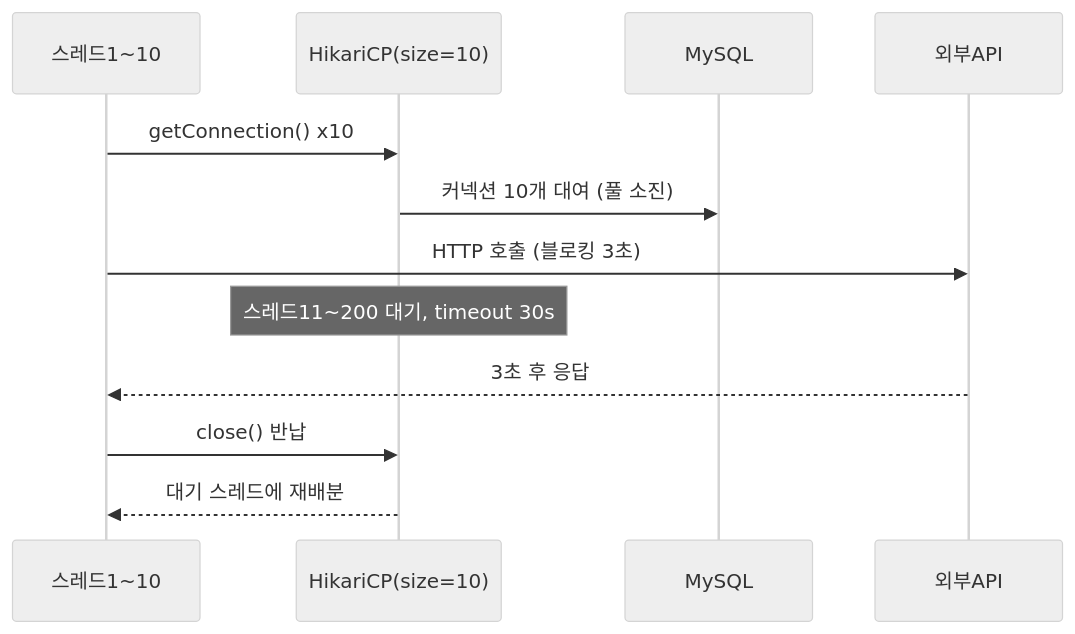
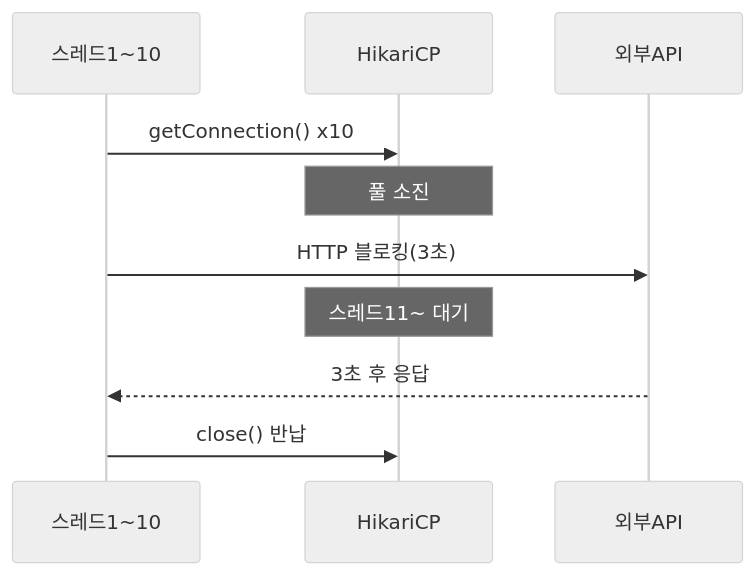
Before and after one commit to yjkim2015/yjkim2015.github.io: the third of 4 diagrams in _posts/db/2026-05-01-db-connection-pool.md, drawn with Mermaid (neutral theme). The commit also changed other lines of this file and 155 other files, not shown here.

First line of the commit message:
Mermaid 전면 수정: subgraph 제거, participant/노드/줄수 축소 (342블록)

````diff
--- a/_posts/db/2026-05-01-db-connection-pool.md
+++ b/_posts/db/2026-05-01-db-connection-pool.md
@@ -166,14 +166,12 @@
 ```mermaid
 sequenceDiagram
     participant T1 as 스레드1~10
-    participant Pool as HikariCP(size=10)
-    participant DB as MySQL
+    participant Pool as HikariCP
     participant API as 외부API
     T1->>Pool: getConnection() x10
-    Pool->>DB: 커넥션 10개 대여 (풀 소진)
-    T1->>API: HTTP 호출 (블로킹 3초)
-    Note over Pool: 스레드11~200 대기, timeout 30s
+    Note over Pool: 풀 소진
+    T1->>API: HTTP 블로킹(3초)
+    Note over Pool: 스레드11~ 대기
     API-->>T1: 3초 후 응답
     T1->>Pool: close() 반납
-    Pool-->>T1: 대기 스레드에 재배분
 ```
````
